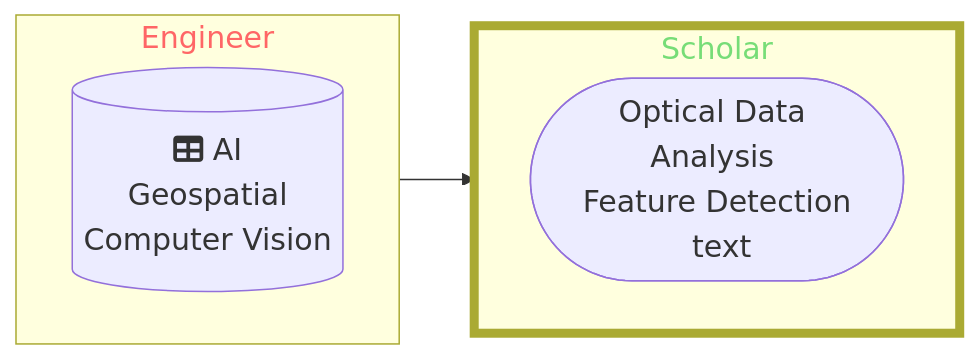
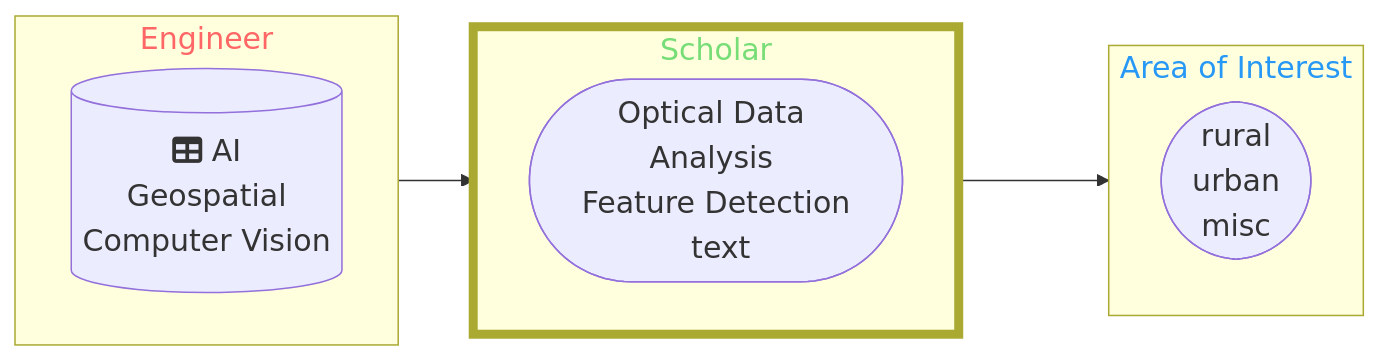
Before and after one commit to DippoldEJ/DippoldEJ: the diagram in README.md, drawn with Mermaid.

````diff
--- a/README.md
+++ b/README.md
@@ -3,26 +3,30 @@
 ```mermaid
 flowchart LR;
 %%{init: {
 	'themeVariables': { 'fontSize': '20px', 'fontFamily': 'Didot'}
 	}
 }%%
 
 subgraph n[Engineer]
         direction LR
         b[(fa:fa-table AI <br> Geospatial <br> Computer Vision)]
     end
 
 subgraph o[Scholar]
         direction LR
         j([Optical Data Analysis <br> Feature Detection <br> text])
 
     end
- 
+
+ subgraph p[Area of Interest]
+    a([rural <br /> urban  <br />  misc])
+    end
 
 style n color:#f66
 style o stroke-width:6px
 style o color:#77DD77
+style p color:#2798F5
 
 n-->o
-
+o-->p
 ```
````
